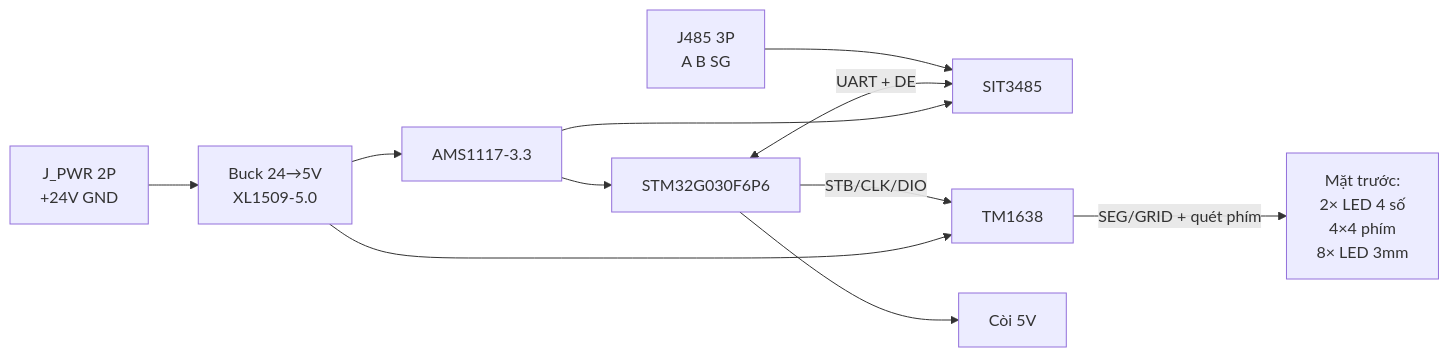
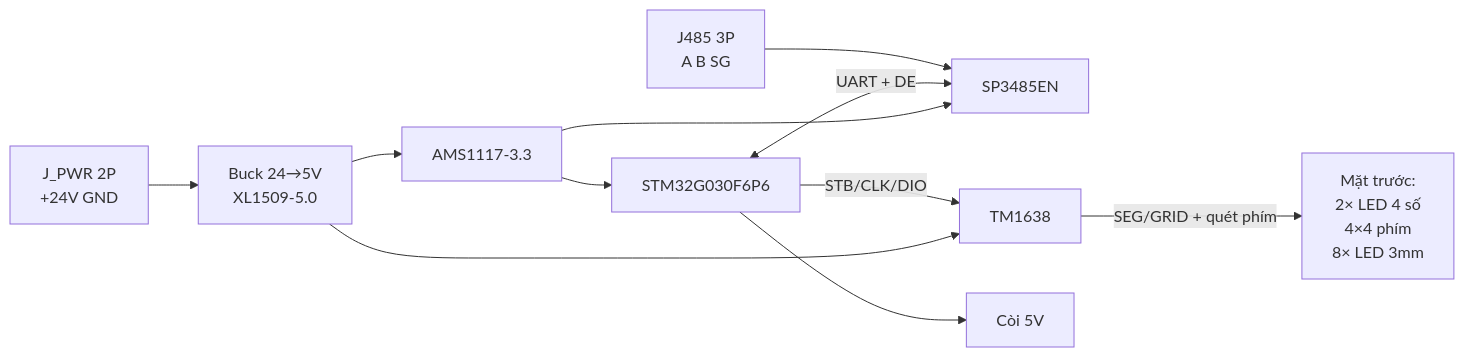
Before and after one commit to nguyenduchan/keyboard_rs485: the diagram in docs/SO_DO_NGUYEN_LY.md, drawn with Mermaid. The commit also changed other lines of this file and 168 other files, not shown here.

````diff
--- a/docs/SO_DO_NGUYEN_LY.md
+++ b/docs/SO_DO_NGUYEN_LY.md
@@ -7,23 +7,23 @@
 ```mermaid
 flowchart LR
   JPWR["J_PWR 2P\n+24V GND"]
   J485["J485 3P\nA B SG"]
   PWR["Buck 24→5V\nXL1509-5.0"]
   LDO["AMS1117-3.3"]
   STM["STM32G030F6P6"]
-  RS["SIT3485"]
+  RS["SP3485EN"]
   TM["TM1638"]
   UI["Mặt trước:\n2× LED 4 số\n4×4 phím\n8× LED 3mm"]
   BZ["Còi 5V"]
 
   JPWR --> PWR
   PWR --> LDO
   PWR --> TM
   LDO --> STM
   LDO --> RS
   STM -->|STB/CLK/DIO| TM
   TM -->|SEG/GRID + quét phím| UI
   STM --> BZ
   STM <-->|UART + DE| RS
   J485 --> RS
 ```
````
